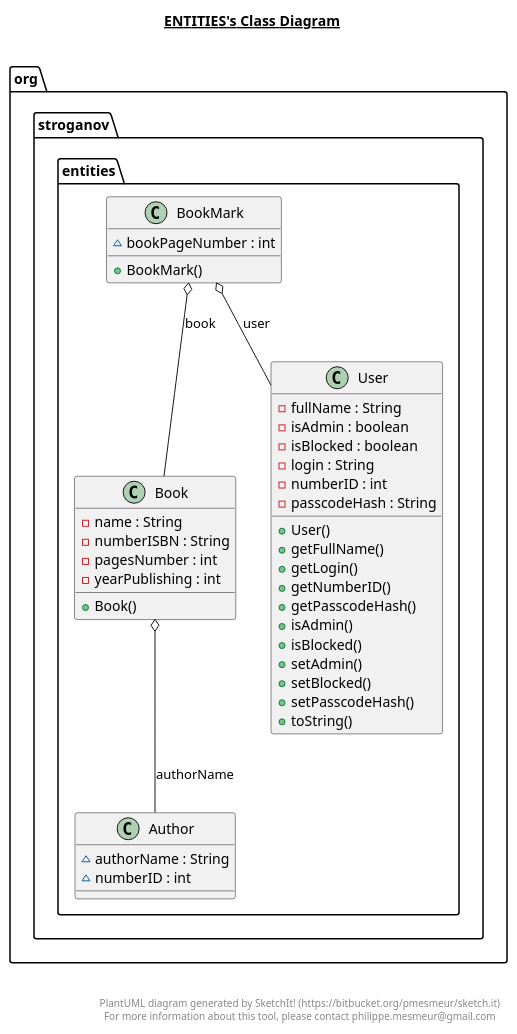
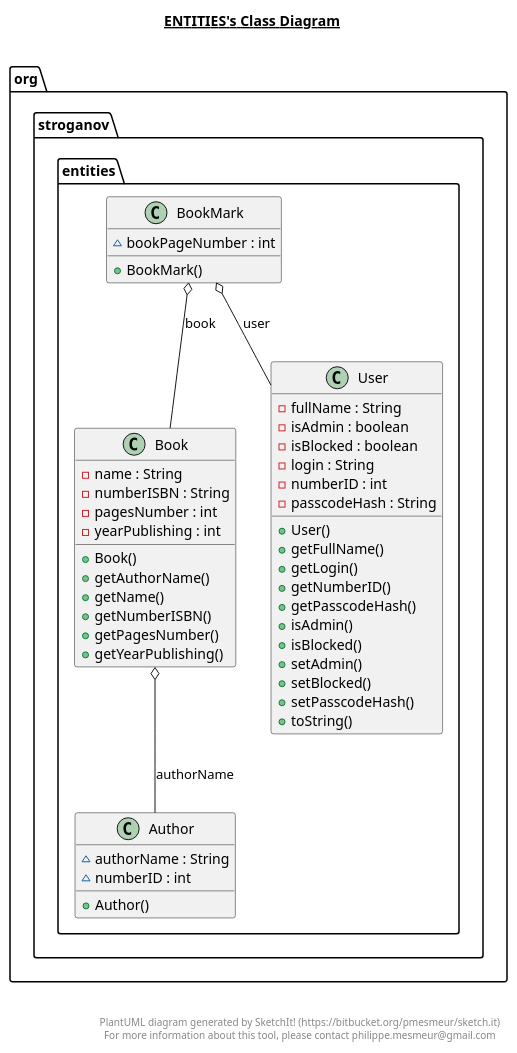
Before and after one commit to SergeyStroganoff/LibraryApp: the diagram in src/main/java/org/stroganov/entities/entities.plantuml, drawn with PlantUML. The commit also changed 12 other files, not shown here.

```diff
--- a/src/main/java/org/stroganov/entities/entities.plantuml
+++ b/src/main/java/org/stroganov/entities/entities.plantuml
@@ -1,75 +1,81 @@
 @startuml
 
 title __ENTITIES's Class Diagram__\n
 
   namespace org.stroganov {
     namespace entities {
       class org.stroganov.entities.Author {
           ~ authorName : String
           ~ numberID : int
+          + Author()
       }
     }
   }
   
 
   namespace org.stroganov {
     namespace entities {
       class org.stroganov.entities.Book {
           - name : String
           - numberISBN : String
           - pagesNumber : int
           - yearPublishing : int
           + Book()
+          + getAuthorName()
+          + getName()
+          + getNumberISBN()
+          + getPagesNumber()
+          + getYearPublishing()
       }
     }
   }
   
 
   namespace org.stroganov {
     namespace entities {
       class org.stroganov.entities.BookMark {
           ~ bookPageNumber : int
           + BookMark()
       }
     }
   }
   
 
   namespace org.stroganov {
     namespace entities {
       class org.stroganov.entities.User {
           - fullName : String
           - isAdmin : boolean
           - isBlocked : boolean
           - login : String
           - numberID : int
           - passcodeHash : String
           + User()
           + getFullName()
           + getLogin()
           + getNumberID()
           + getPasscodeHash()
           + isAdmin()
           + isBlocked()
           + setAdmin()
           + setBlocked()
           + setPasscodeHash()
           + toString()
       }
     }
   }
   
 
   org.stroganov.entities.Book o-- org.stroganov.entities.Author : authorName
   org.stroganov.entities.BookMark o-- org.stroganov.entities.Book : book
   org.stroganov.entities.BookMark o-- org.stroganov.entities.User : user
 
 
 right footer
 
 
 PlantUML diagram generated by SketchIt! (https://bitbucket.org/pmesmeur/sketch.it)
 For more information about this tool, please contact philippe.mesmeur@gmail.com
 endfooter
 
 @enduml
```
